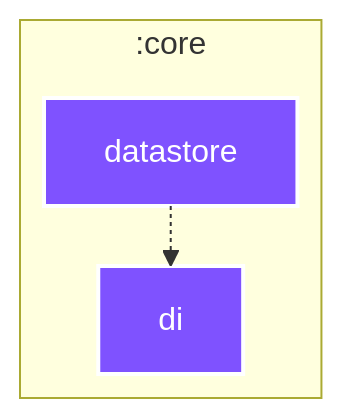
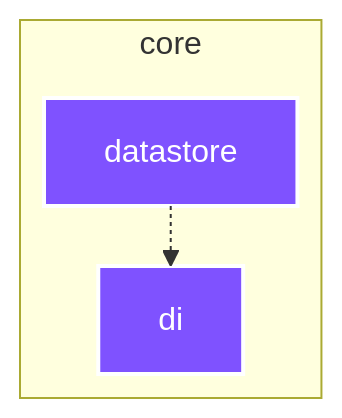
The diagram in core/datastore/README.md (SimonMarquis/Android-Playground), drawn with Mermaid before and after one commit. The commit also changed other lines of this file and 68 other files, not shown here.

````diff
--- a/core/datastore/README.md
+++ b/core/datastore/README.md
@@ -6,21 +6,21 @@
 ```mermaid
 ---
 config:
   layout: elk
   elk:
     nodePlacementStrategy: SIMPLE
 ---
 graph TB
-  subgraph :core
+  subgraph :core [core]
     direction TB
     :core:datastore[datastore]:::jvm
     :core:di[di]:::jvm
   end
 
   :core:datastore -.-> :core:di
 
 classDef android-application fill:#2C4162,stroke:#fff,stroke-width:2px,color:#fff;
 classDef android-library fill:#3BD482,stroke:#fff,stroke-width:2px,color:#fff;
 classDef android-test fill:#3BD482,stroke:#fff,stroke-width:2px,color:#fff;
 classDef jvm fill:#7F52FF,stroke:#fff,stroke-width:2px,color:#fff;
 ```
````
